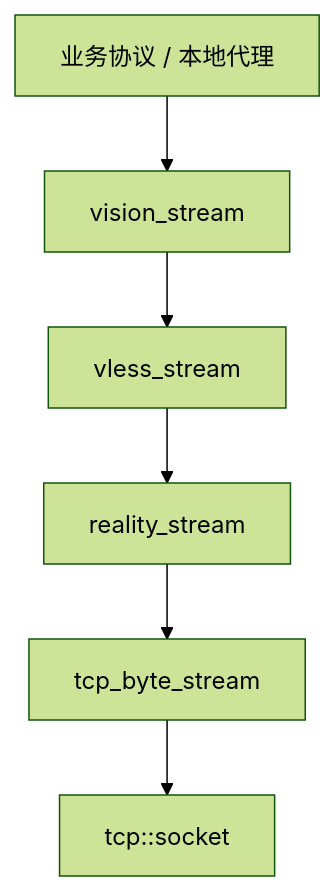
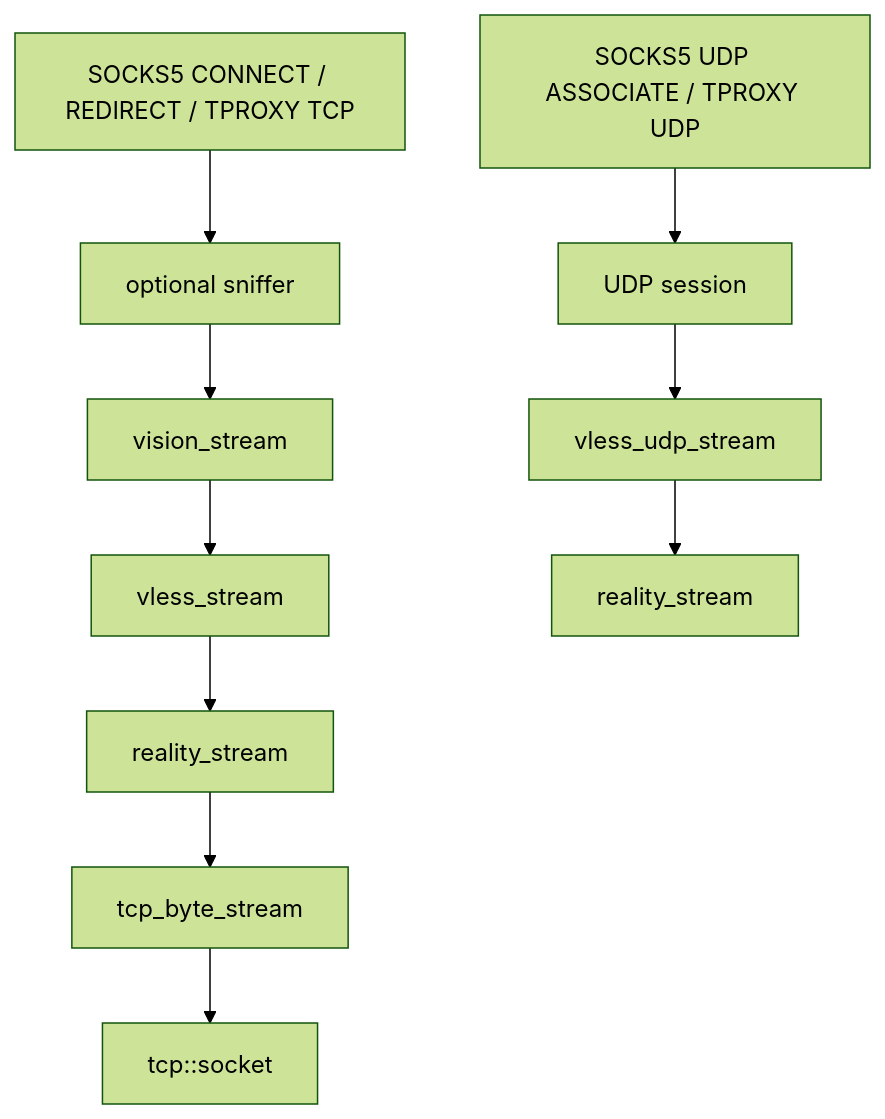
Before and after one commit to gyl30/reality_vision: the first of 2 diagrams in docs/ARCHITECTURE.md, drawn with Mermaid (forest theme). The commit also changed other lines of this file and 16 other files, not shown here.

Commit message:
增加 SOCKS5 和 TPROXY UDP 支持

````diff
--- a/docs/ARCHITECTURE.md
+++ b/docs/ARCHITECTURE.md
@@ -7,8 +7,13 @@
 ```mermaid
 flowchart TD
-    A["业务协议 / 本地代理"] --> B["vision_stream"]
-    B --> C["vless_stream"]
-    C --> D["reality_stream"]
-    D --> E["tcp_byte_stream"]
-    E --> F["tcp::socket"]
+    A["SOCKS5 CONNECT / REDIRECT / TPROXY TCP"] --> B["optional sniffer"]
+    B --> C["vision_stream"]
+    C --> D["vless_stream"]
+    D --> E["reality_stream"]
+    E --> F["tcp_byte_stream"]
+    F --> G["tcp::socket"]
+
+    U["SOCKS5 UDP ASSOCIATE / TPROXY UDP"] --> V["UDP session"]
+    V --> W["vless_udp_stream"]
+    W --> R["reality_stream"]
 ```
````
